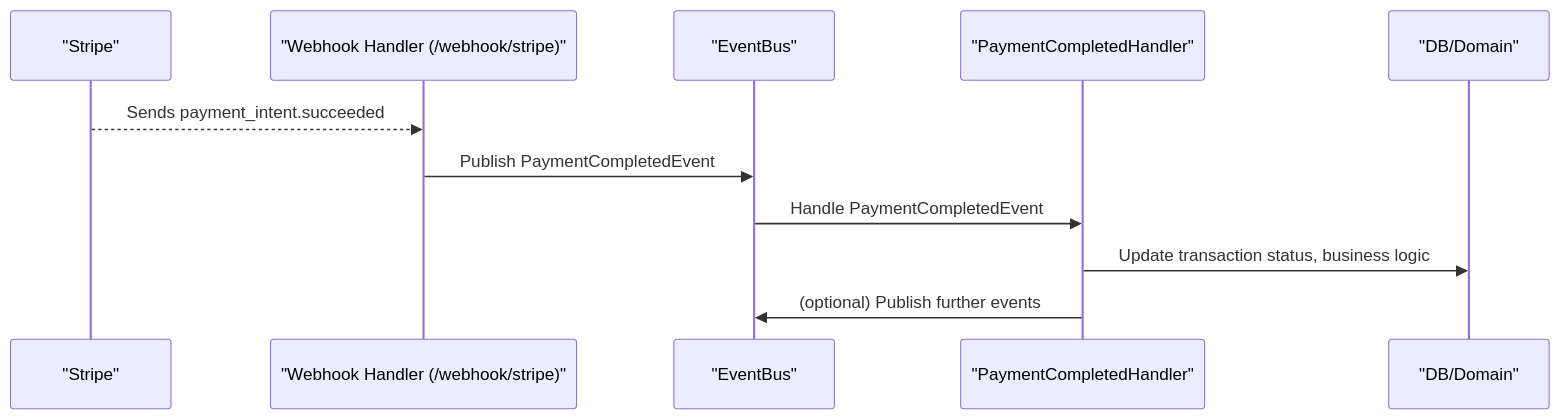
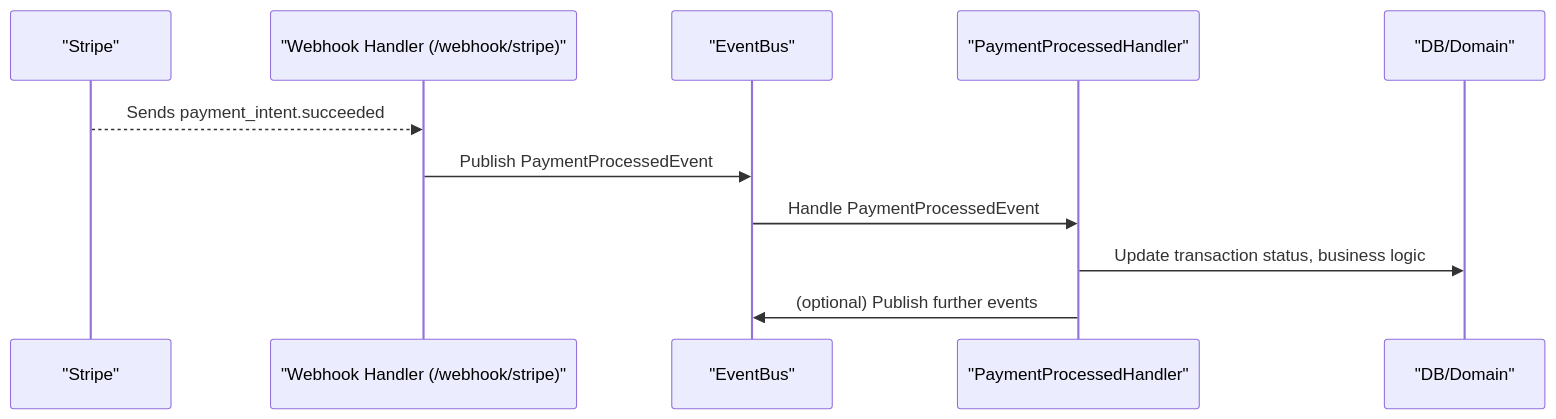
Before and after one commit to amirasaad/fintech: the diagram in docs/payments/event-driven-stripe-webhook.md, drawn with Mermaid. The commit also changed other lines of this file and 161 other files, not shown here.

````diff
--- a/docs/payments/event-driven-stripe-webhook.md
+++ b/docs/payments/event-driven-stripe-webhook.md
@@ -23,14 +98,14 @@
 ```mermaid
 sequenceDiagram
     participant Stripe as "Stripe"
     participant Webhook as "Webhook Handler (/webhook/stripe)"
     participant EventBus as "EventBus"
-    participant PaymentHandler as "PaymentCompletedHandler"
+    participant PaymentHandler as "PaymentProcessedHandler"
     participant DB as "DB/Domain"
 
     Stripe-->>Webhook: Sends payment_intent.succeeded
-    Webhook->>EventBus: Publish PaymentCompletedEvent
-    EventBus->>PaymentHandler: Handle PaymentCompletedEvent
+    Webhook->>EventBus: Publish PaymentProcessedEvent
+    EventBus->>PaymentHandler: Handle PaymentProcessedEvent
     PaymentHandler->>DB: Update transaction status, business logic
     PaymentHandler->>EventBus: (optional) Publish further events
 ```
````
